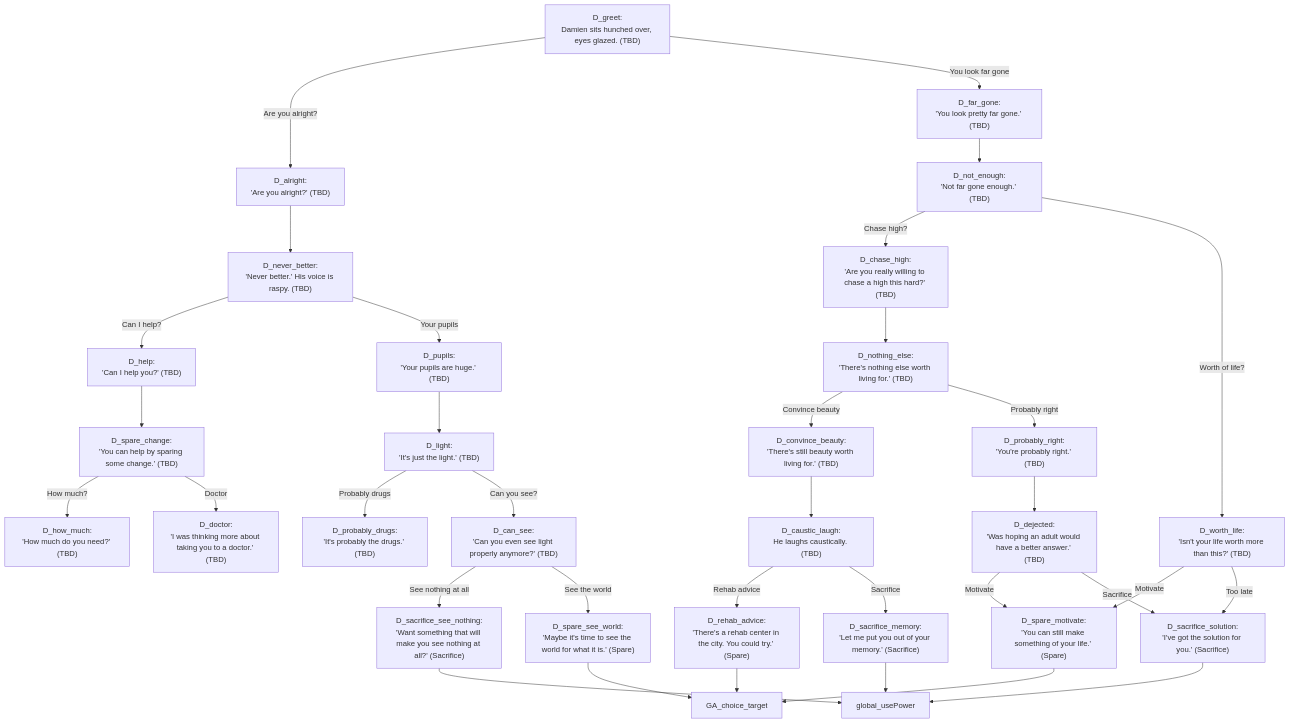
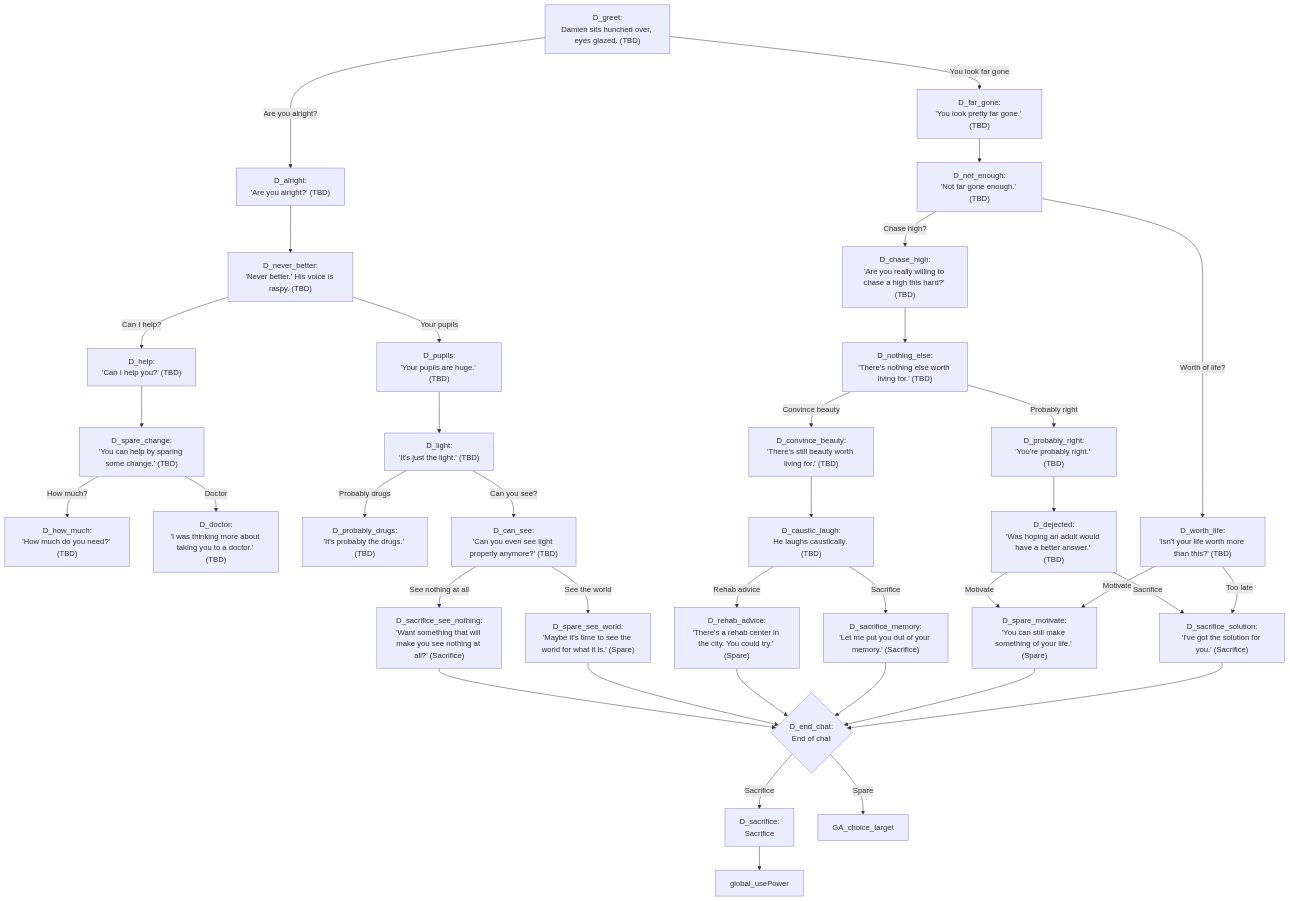
The diagram in Damien.mmd (ivalace/horror-game-jam-2025), drawn with Mermaid before and after one commit. The commit also changed 9 other files, not shown here.

```diff
--- a/Damien.mmd
+++ b/Damien.mmd
@@ -1,50 +1,55 @@
 flowchart TD
 direction LR
 
 D_greet["D_greet:<br/>Damien sits hunched over, eyes glazed. (TBD)"] -->|Are you alright?| D_alright
 D_greet -->|You look far gone| D_far_gone
 
 %% “Are you alright?” track
 D_alright["D_alright:<br/>'Are you alright?' (TBD)"] --> D_never_better
 D_never_better["D_never_better:<br/>'Never better.' His voice is raspy. (TBD)"] -->|Can I help?| D_help
 D_never_better -->|Your pupils| D_pupils
 
 D_help["D_help:<br/>'Can I help you?' (TBD)"] --> D_spare_change
 D_spare_change["D_spare_change:<br/>'You can help by sparing some change.' (TBD)"] -->|How much?| D_how_much
 D_spare_change -->|Doctor| D_doctor
 D_how_much["D_how_much:<br/>'How much do you need?' (TBD)"]
 D_doctor["D_doctor:<br/>'I was thinking more about taking you to a doctor.' (TBD)"]
 
 D_pupils["D_pupils:<br/>'Your pupils are huge.' (TBD)"] --> D_light
 D_light["D_light:<br/>'It's just the light.' (TBD)"] -->|Probably drugs| D_probably_drugs
 D_light -->|Can you see?| D_can_see
 D_probably_drugs["D_probably_drugs:<br/>'It's probably the drugs.' (TBD)"]
 
 D_can_see["D_can_see:<br/>'Can you even see light properly anymore?' (TBD)"] -->|See nothing at all| D_sacrifice_see_nothing
 D_can_see -->|See the world| D_spare_see_world
-D_sacrifice_see_nothing["D_sacrifice_see_nothing:<br/>'Want something that will make you see nothing at all?' (Sacrifice)"] --> global_usePower
-D_spare_see_world["D_spare_see_world:<br/>'Maybe it's time to see the world for what it is.' (Spare)"] --> GA_choice_target
+D_sacrifice_see_nothing["D_sacrifice_see_nothing:<br/>'Want something that will make you see nothing at all?' (Sacrifice)"] --> D_end_chat
+D_spare_see_world["D_spare_see_world:<br/>'Maybe it's time to see the world for what it is.' (Spare)"] --> D_end_chat
 
 %% “You look far gone” track
 D_far_gone["D_far_gone:<br/>'You look pretty far gone.' (TBD)"] --> D_not_enough
 D_not_enough["D_not_enough:<br/>'Not far gone enough.' (TBD)"] -->|Chase high?| D_chase_high
 D_not_enough -->|Worth of life?| D_worth_life
 
 D_chase_high["D_chase_high:<br/>'Are you really willing to chase a high this hard?' (TBD)"] --> D_nothing_else
 D_nothing_else["D_nothing_else:<br/>'There's nothing else worth living for.' (TBD)"] -->|Convince beauty| D_convince_beauty
 D_nothing_else -->|Probably right| D_probably_right
 
 D_convince_beauty["D_convince_beauty:<br/>'There's still beauty worth living for.' (TBD)"] --> D_caustic_laugh
 D_caustic_laugh["D_caustic_laugh:<br/>He laughs caustically. (TBD)"] -->|Rehab advice| D_rehab_advice
 D_caustic_laugh -->|Sacrifice| D_sacrifice_memory
-D_rehab_advice["D_rehab_advice:<br/>'There's a rehab center in the city. You could try.' (Spare)"] --> GA_choice_target
-D_sacrifice_memory["D_sacrifice_memory:<br/>'Let me put you out of your memory.' (Sacrifice)"] --> global_usePower
+D_rehab_advice["D_rehab_advice:<br/>'There's a rehab center in the city. You could try.' (Spare)"] --> D_end_chat
+D_sacrifice_memory["D_sacrifice_memory:<br/>'Let me put you out of your memory.' (Sacrifice)"] --> D_end_chat
 
 D_probably_right["D_probably_right:<br/>'You're probably right.' (TBD)"] --> D_dejected
 D_dejected["D_dejected:<br/>'Was hoping an adult would have a better answer.' (TBD)"] -->|Motivate| D_spare_motivate
 D_dejected -->|Sacrifice| D_sacrifice_solution
-D_spare_motivate["D_spare_motivate:<br/>'You can still make something of your life.' (Spare)"] --> GA_choice_target
-D_sacrifice_solution["D_sacrifice_solution:<br/>'I've got the solution for you.' (Sacrifice)"] --> global_usePower
+D_spare_motivate["D_spare_motivate:<br/>'You can still make something of your life.' (Spare)"] --> D_end_chat
+D_sacrifice_solution["D_sacrifice_solution:<br/>'I've got the solution for you.' (Sacrifice)"] --> D_end_chat
 
 D_worth_life["D_worth_life:<br/>'Isn't your life worth more than this?' (TBD)"] -->|Motivate| D_spare_motivate
 D_worth_life -->|Too late| D_sacrifice_solution
+
+D_end_chat{"D_end_chat:<br/>End of chat"} -->|Sacrifice| D_sacrifice
+D_end_chat -->|Spare| GA_choice_target
+
+D_sacrifice["D_sacrifice:<br/>Sacrifice"] --> global_usePower
```
